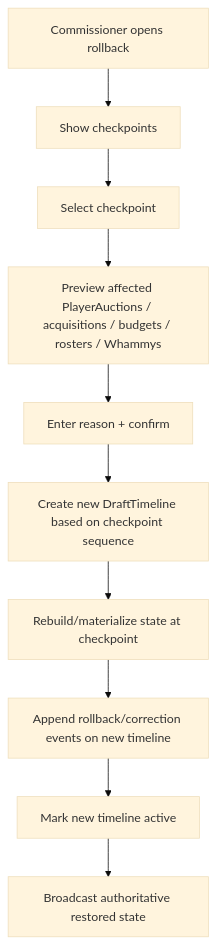
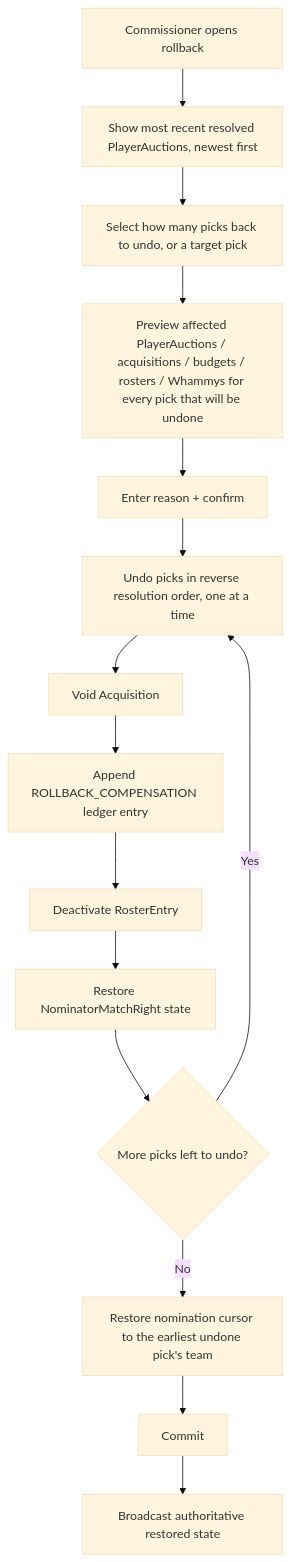
Before and after one commit to maccorless/Draft: diagram 14 of 18 in state-machine-flows.md, drawn with Mermaid (base theme). The commit also changed other lines of this file and 5 other files, not shown here.

````diff
--- a/state-machine-flows.md
+++ b/state-machine-flows.md
@@ -436,12 +434,19 @@
 ```mermaid
 flowchart TD
-    A[Commissioner opens rollback] --> B[Show checkpoints]
-    B --> C[Select checkpoint]
-    C --> D[Preview affected PlayerAuctions / acquisitions / budgets / rosters / Whammys]
+    A[Commissioner opens rollback] --> B[Show most recent resolved PlayerAuctions, newest first]
+    B --> C[Select how many picks back to undo, or a target pick]
+    C --> D[Preview affected PlayerAuctions / acquisitions / budgets / rosters / Whammys for every pick that will be undone]
     D --> E[Enter reason + confirm]
-    E --> F[Create new DraftTimeline based on checkpoint sequence]
-    F --> G[Rebuild/materialize state at checkpoint]
-    G --> H[Append rollback/correction events on new timeline]
-    H --> I[Mark new timeline active]
-    I --> J[Broadcast authoritative restored state]
+    E --> F[Undo picks in reverse resolution order, one at a time]
+
+    F --> G[Void Acquisition]
+    G --> H[Append ROLLBACK_COMPENSATION ledger entry]
+    H --> I[Deactivate RosterEntry]
+    I --> J[Restore NominatorMatchRight state]
+    J --> K{More picks left to undo?}
+    K -->|Yes| F
+    K -->|No| L[Restore nomination cursor to the earliest undone pick's team]
+
+    L --> M[Commit]
+    M --> N[Broadcast authoritative restored state]
 ```
````
